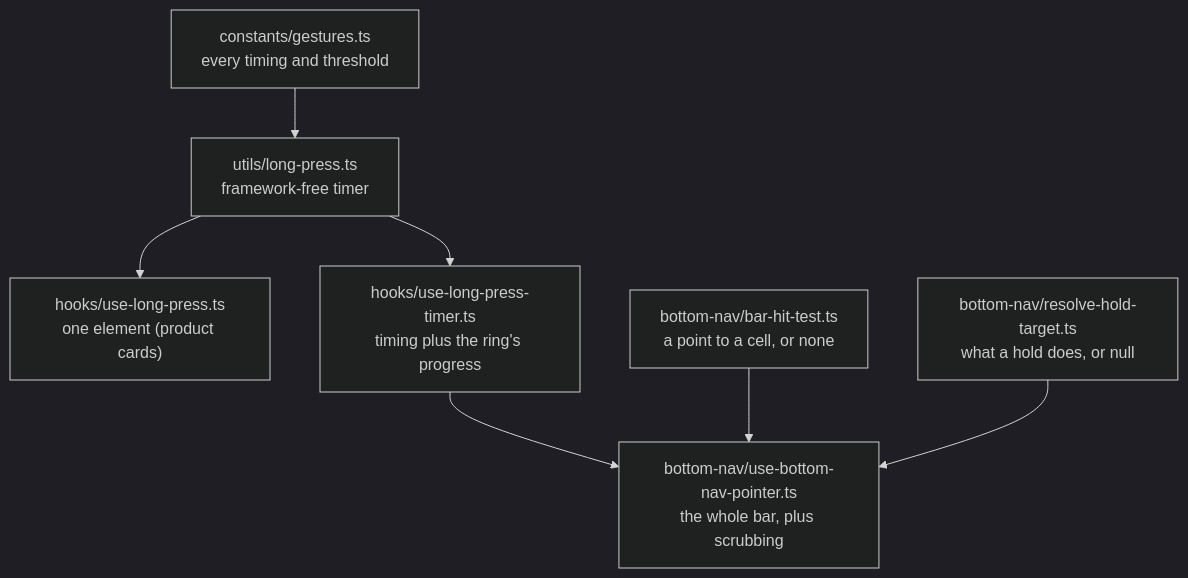
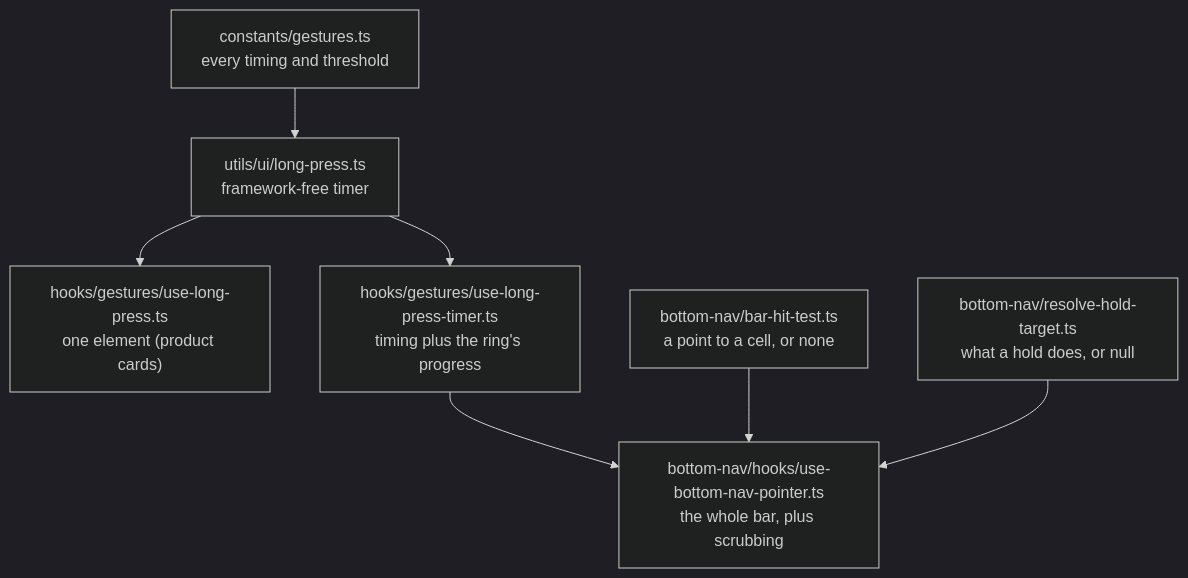
The fifth of 5 diagrams in docs/MOBILE-NAV.md (OffCrazyFreak/Disscount), drawn with Mermaid (dark theme) before and after one commit. The commit also changed other lines of this file and 25 other files, not shown here.

````diff
--- a/docs/MOBILE-NAV.md
+++ b/docs/MOBILE-NAV.md
@@ -487,9 +487,9 @@
 ```mermaid
 flowchart TB
     gest["constants/gestures.ts<br/>every timing and threshold"] --> util
-    util["utils/long-press.ts<br/>framework-free timer"] --> hook["hooks/use-long-press.ts<br/>one element (product cards)"]
-    util --> cell["hooks/use-long-press-timer.ts<br/>timing plus the ring's progress"]
-    cell --> bar["bottom-nav/use-bottom-nav-pointer.ts<br/>the whole bar, plus scrubbing"]
+    util["utils/ui/long-press.ts<br/>framework-free timer"] --> hook["hooks/gestures/use-long-press.ts<br/>one element (product cards)"]
+    util --> cell["hooks/gestures/use-long-press-timer.ts<br/>timing plus the ring's progress"]
+    cell --> bar["bottom-nav/hooks/use-bottom-nav-pointer.ts<br/>the whole bar, plus scrubbing"]
     hit["bottom-nav/bar-hit-test.ts<br/>a point to a cell, or none"] --> bar
     res["bottom-nav/resolve-hold-target.ts<br/>what a hold does, or null"] --> bar
 ```
````
